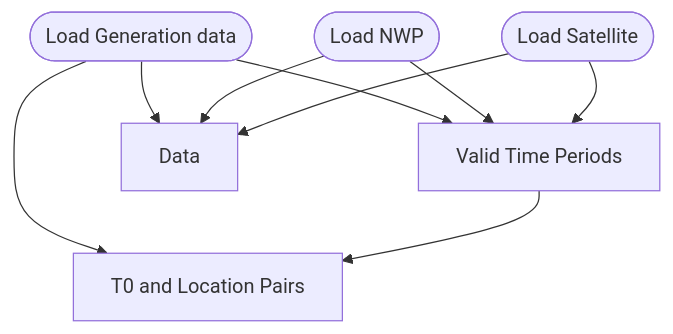
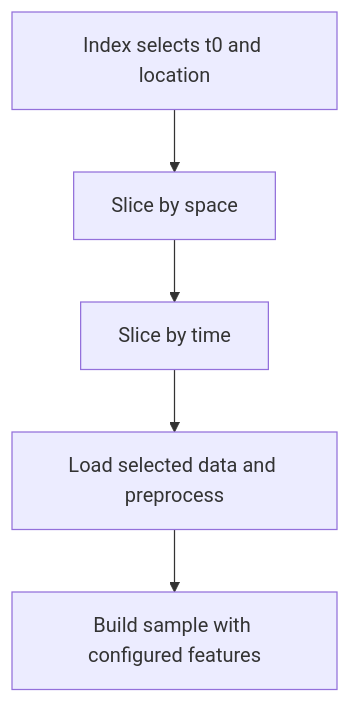
The second of 3 diagrams in src/ocf_data_sampler/datasets/pvnet/README.md (openclimatefix/ocf-data-sampler), drawn with Mermaid before and after one commit. The commit also changed other lines of this file and 1 other file, not shown here.

````diff
--- a/src/ocf_data_sampler/datasets/pvnet/README.md
+++ b/src/ocf_data_sampler/datasets/pvnet/README.md
@@ -22,15 +34,7 @@
 ```mermaid
 graph TD
-    A1([Load Generation data])
-    A2([Load NWP])
-    A3([Load Satellite])
-    A1 --> D1
-    A2 --> D1
-    A3 --> D1
-    A1 --> D2
-    A1 --> D3
-    A2 --> D3
-    A3 --> D3
-    D1[Valid Time Periods] --> D2[T0 and Location Pairs]
-    D3[Data]
+    Pair[Index selects t0 and location] --> Space[Slice by space]
+    Space --> Time[Slice by time]
+    Time --> Load[Load selected data and preprocess]
+    Load --> Sample[Build sample with configured features]
 ```
````
